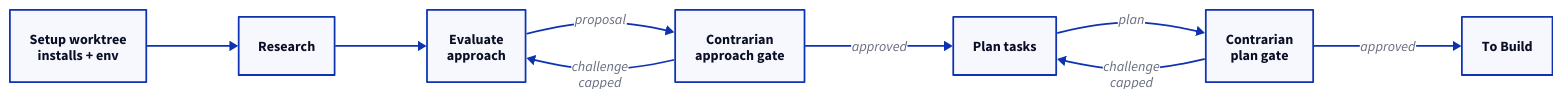
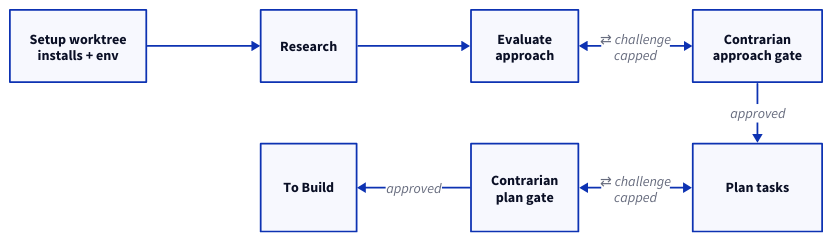
Before and after one commit to aaddrick/ticketmill: the diagram in docs/diagrams/phase-plan.d2, drawn with D2. The commit also changed 22 other files, not shown here.

```diff
--- a/docs/diagrams/phase-plan.d2
+++ b/docs/diagrams/phase-plan.d2
@@ -1,21 +1,49 @@
 # Plan phase, per issue. Two contrarian gates, both iteration-capped.
-# Keep this to six ranks — see the note in phase-select.d2 about width.
+#
+# GRID SNAKE. Reading order is boustrophedon: row 1 left-to-right, then the
+# flow drops straight down the LAST column and the next row reads back
+# right-to-left.
+#
+# Why a grid and not a layout engine: neither bundled engine can wrap a long
+# chain into rows. d2 does not expose ELK's `wrapping.strategy`, and a
+# `direction` set on a container is ignored by both dagre and ELK. Grid
+# placement is the only way to fold a chain, and it fills row-major over the
+# declaration order below.
+#
+# THE DIAGONAL RULE: grid connections are center-to-center straight segments
+# with no path-finding. An edge is orthogonal only if its two cells share a row
+# or a column, and only if they are neighbours -- an edge spanning two cells in
+# a row draws straight THROUGH the cell between them. Everything else is a
+# diagonal. Place nodes so every edge joins neighbours.
+#
+# Grid columns share a width, so one wide cell widens its whole column.
+#
+# Spacer cells (`sp*`) are invisible padding that push the wrap into the right
+# column. They are load-bearing -- deleting one reflows the entire grid.
 
-direction: right
+grid-rows: 2
+grid-columns: 4
+horizontal-gap: 130
+vertical-gap: 70
 
+# row 1, left to right
 wt: "Setup worktree\ninstalls + env" { class: stage }
 res: "Research" { class: stage }
 ev: "Evaluate\napproach" { class: stage }
 ca: "Contrarian\napproach gate" { class: gate }
+# row 2, right to left
+sp1: "" { style.opacity: 0 }
+out: "To Build" { class: terminal }
+cp: "Contrarian\nplan gate" { class: gate }
 pl: "Plan tasks" { class: stage }
-cp: "Contrarian\nplan gate" { class: gate }
 
 wt -> res: { class: flow }
 res -> ev: { class: flow }
-ev -> ca: "proposal" { class: flow }
-ca -> ev: "challenge\ncapped" { class: loop }
+# One bidirectional connector, not two edges. Grid draws both directions of a
+# 2-cycle on the same center-to-center line, so a second edge stacks its label
+# on top of the first. Keep these labels short -- a label wider than the gap
+# covers the connector it belongs to.
+ev <-> ca: "⇄ challenge\ncapped" { class: loop }
 ca -> pl: "approved" { class: flow }
-pl -> cp: "plan" { class: flow }
-cp -> pl: "challenge\ncapped" { class: loop }
-cp -> "To Build": "approved" { class: flow }
-"To Build".class: terminal
+pl <-> cp: "⇄ challenge\ncapped" { class: loop }
+cp -> out: "approved" { class: flow }
```
